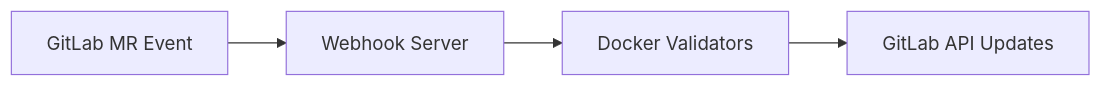
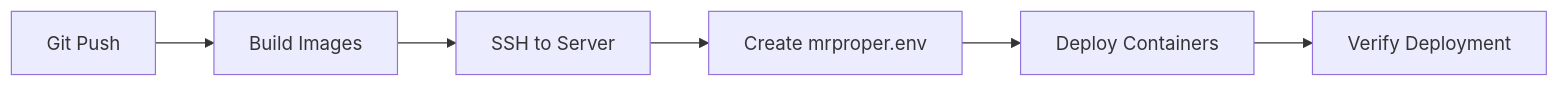
One commit to vigneshpalanivelr/commit-validator changed the second of 5 diagrams in README.md. Above: the diagram before and after it, drawn with Mermaid. The commit also changed other lines of this file, not shown here.

````diff
--- a/README.md
+++ b/README.md
@@ -118,6 +315,8 @@
 ```mermaid
 flowchart LR
-    A[GitLab MR Event] --> B[Webhook Server]
-    B --> C[Docker Validators]
-    C --> D[GitLab API Updates]
+    A[Git Push] --> B[Build Images]
+    B --> C[SSH to Server]
+    C --> D[Create mrproper.env]
+    D --> E[Deploy Containers]
+    E --> F[Verify Deployment]
 ```
````
